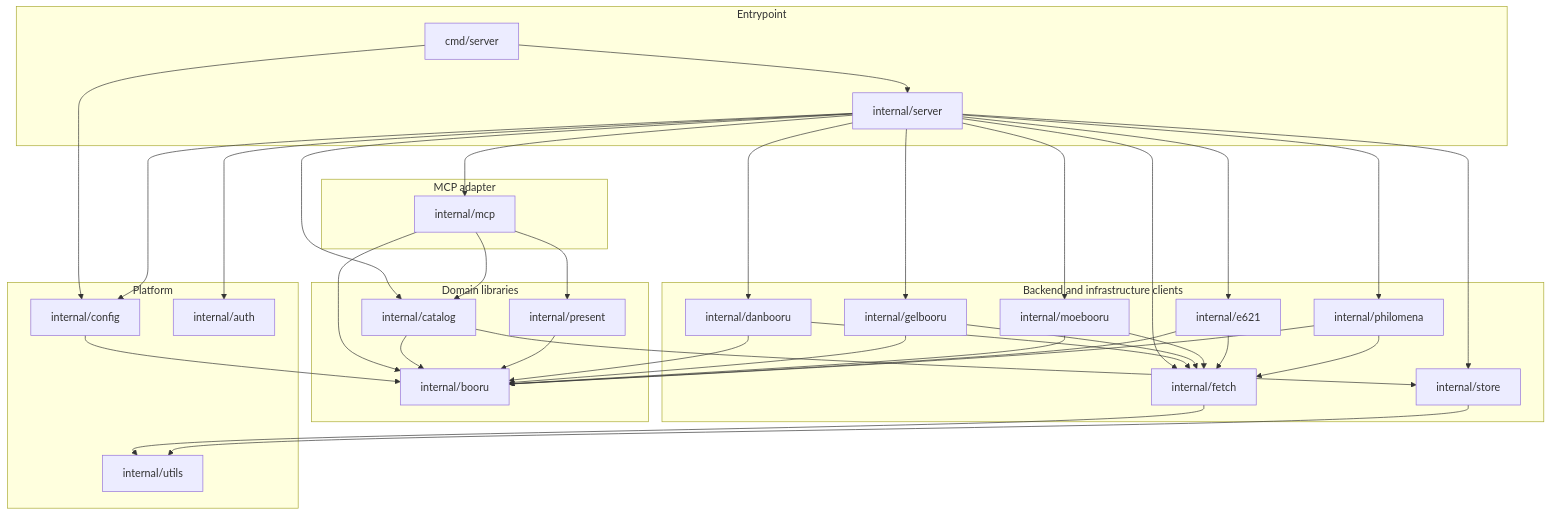
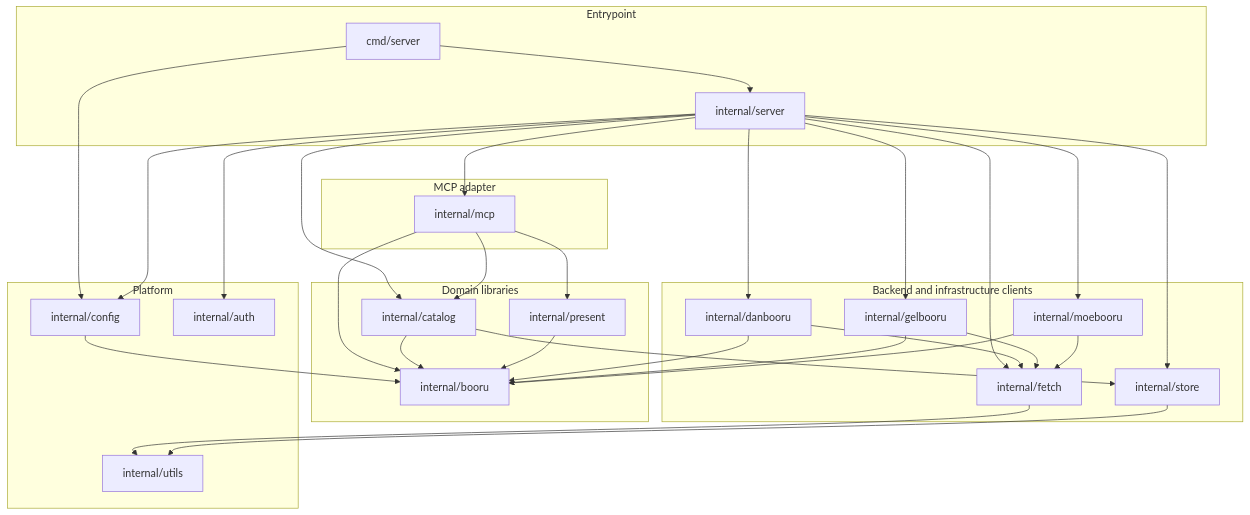
Before and after one commit to wishmatic/booru-mcp: the diagram in AGENTS.md, drawn with Mermaid. The commit also changed 20 other files, not shown here.

````diff
--- a/AGENTS.md
+++ b/AGENTS.md
@@ -55,72 +55,64 @@
 ```mermaid
 flowchart TD
     subgraph entry[Entrypoint]
         cmd["cmd/server"]
         server["internal/server"]
     end
 
     subgraph mcpLayer[MCP adapter]
         mcp["internal/mcp"]
     end
 
     subgraph domain[Domain libraries]
         catalog["internal/catalog"]
         booru["internal/booru"]
         present["internal/present"]
     end
 
     subgraph clients[Backend and infrastructure clients]
         danbooru["internal/danbooru"]
         gelbooru["internal/gelbooru"]
         moebooru["internal/moebooru"]
-        e621["internal/e621"]
-        philomena["internal/philomena"]
         fetch["internal/fetch"]
         store["internal/store"]
     end
 
     subgraph platform[Platform]
         config["internal/config"]
         auth["internal/auth"]
         utils["internal/utils"]
     end
 
     cmd --> server
     cmd --> config
 
     server --> mcp
     server --> catalog
     server --> danbooru
     server --> gelbooru
     server --> moebooru
-    server --> e621
-    server --> philomena
     server --> fetch
     server --> store
     server --> auth
     server --> config
 
     mcp --> catalog
     mcp --> booru
     mcp --> present
 
     catalog --> booru
     catalog --> store
 
     present --> booru
 
     danbooru --> booru
     danbooru --> fetch
     gelbooru --> booru
     gelbooru --> fetch
     moebooru --> booru
     moebooru --> fetch
-    e621 --> booru
-    e621 --> fetch
-    philomena --> booru
-    philomena --> fetch
 
     fetch --> utils
     store --> utils
     config --> booru
 ```
````
